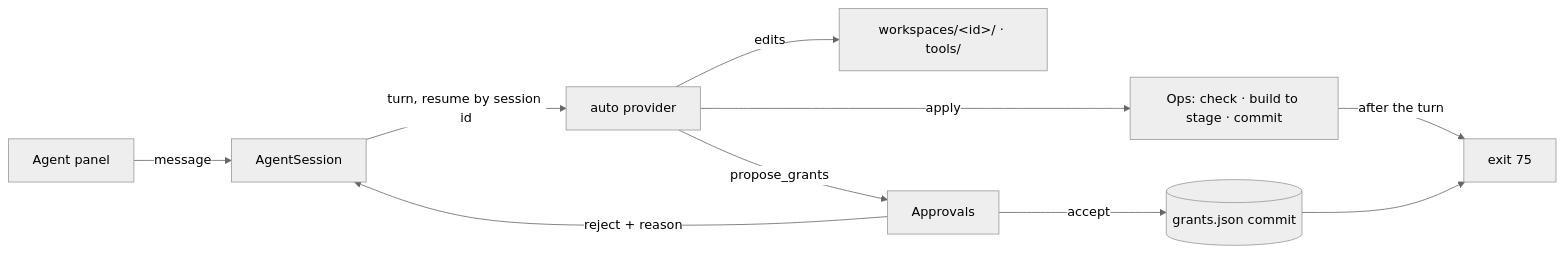
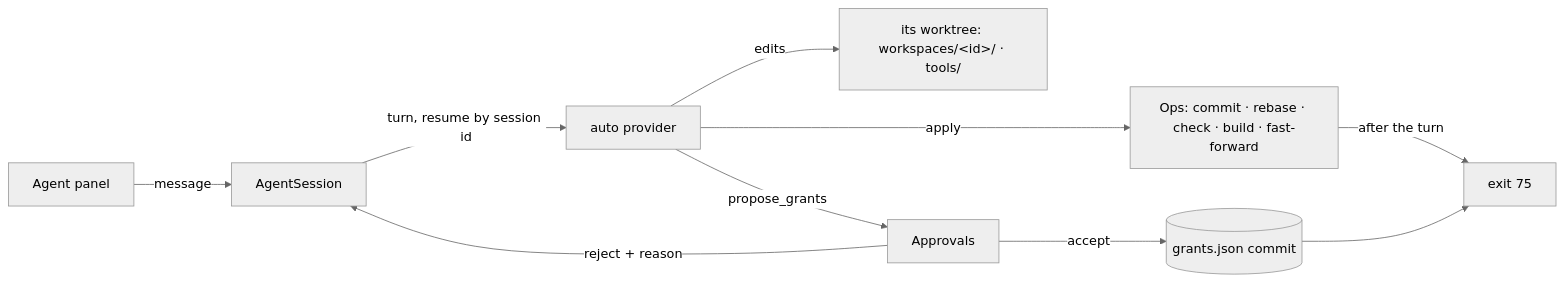
One commit to vaaaaQ/work-console-core changed the fifth of 7 diagrams in docs/architecture.md. Above: the diagram before and after it, drawn with Mermaid (neutral theme). The commit also changed other lines of this file and 12 other files, not shown here.

First line of the commit message:
agent: works in a worktree of its own; the live folder moves only by a fast-forward to a commit that passed

````diff
--- a/docs/architecture.md
+++ b/docs/architecture.md
@@ -228,10 +228,10 @@
 ```mermaid
 flowchart LR
   you[Agent panel] -->|message| s[AgentSession]
   s -->|turn, resume by session id| p[auto provider]
-  p -->|edits| area["workspaces/#lt;id#gt;/ · tools/"]
-  p -->|apply| ops[Ops: check · build to stage · commit]
+  p -->|edits| area["its worktree: workspaces/#lt;id#gt;/ · tools/"]
+  p -->|apply| ops[Ops: commit · rebase · check · build · fast-forward]
   ops -->|after the turn| r[exit 75]
   p -->|propose_grants| ap[Approvals] -->|accept| g[(grants.json commit)] --> r
   ap -->|reject + reason| s
 ```
````
